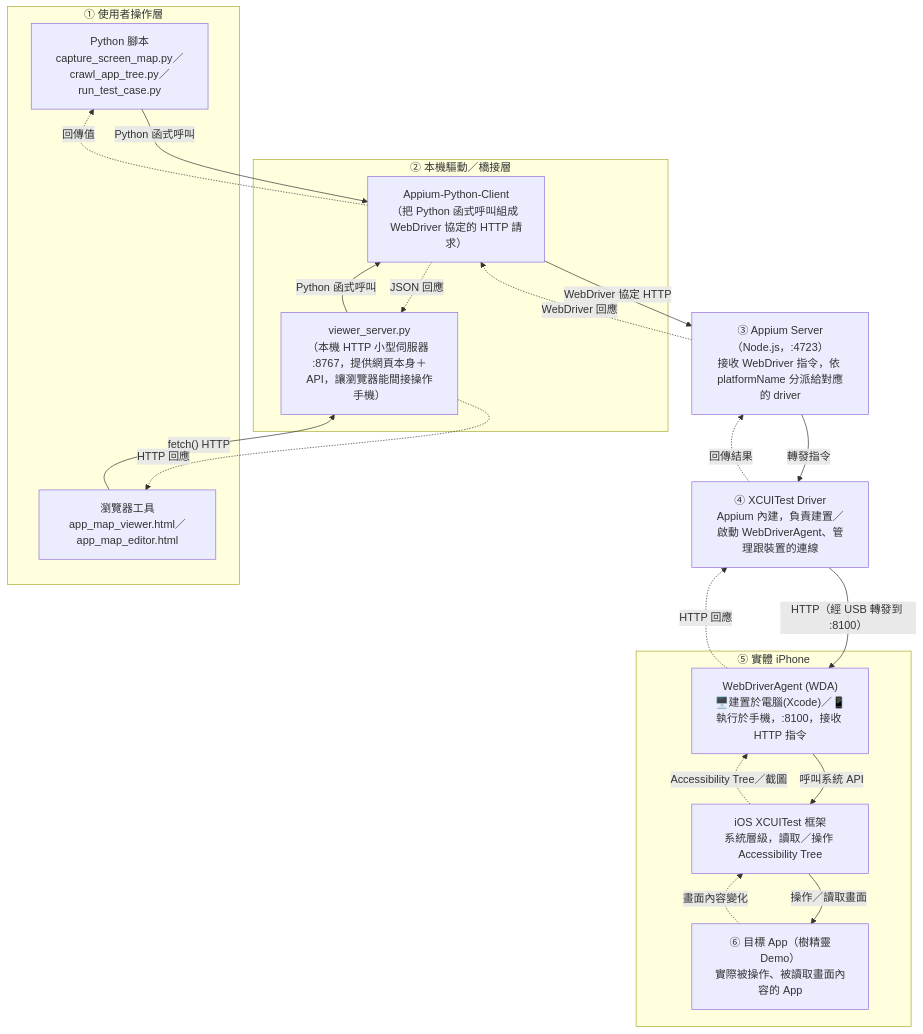
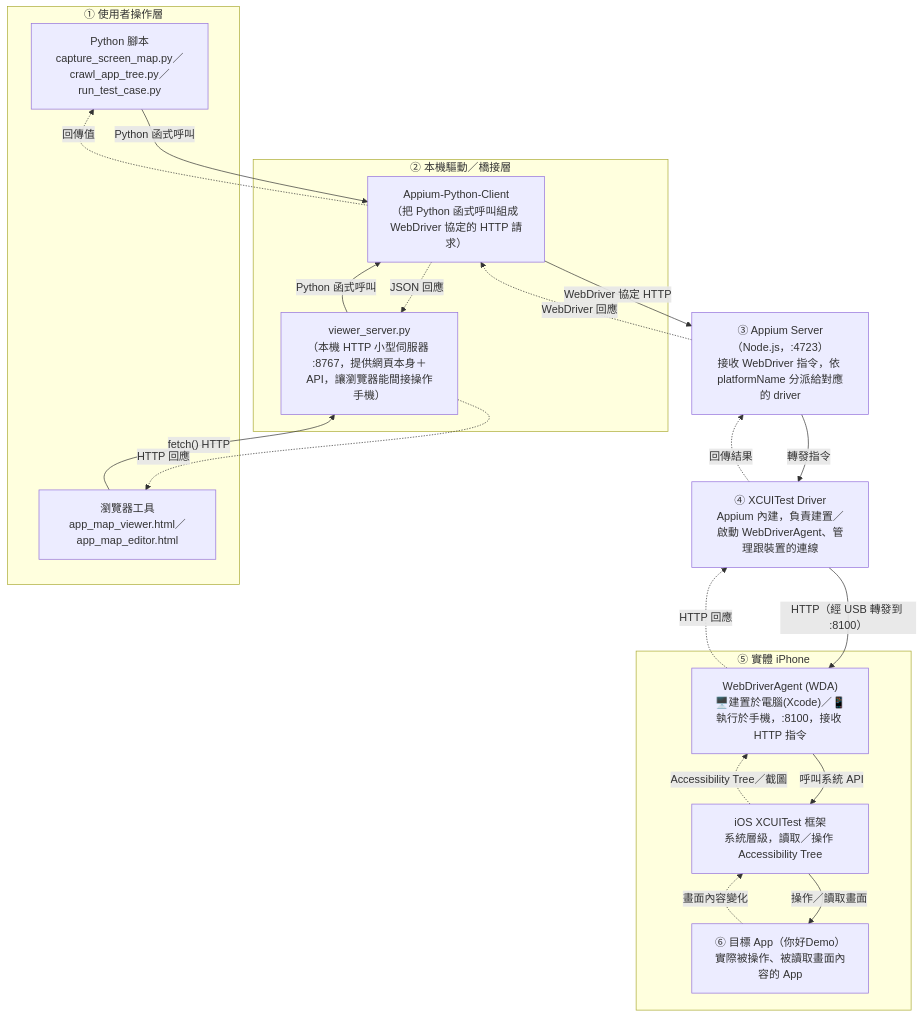
Before and after one commit to bblack1225/ai-in-test: the second of 3 diagrams in docs/AUTOMATION_ARCHITECTURE_FLOW.md, drawn with Mermaid. The commit also changed other lines of this file and 18 other files, not shown here.

````diff
--- a/docs/AUTOMATION_ARCHITECTURE_FLOW.md
+++ b/docs/AUTOMATION_ARCHITECTURE_FLOW.md
@@ -37,40 +37,40 @@
 ```mermaid
 flowchart TD
     subgraph L1["① 使用者操作層"]
         A1["Python 腳本<br/>capture_screen_map.py／crawl_app_tree.py／run_test_case.py"]
         A2["瀏覽器工具<br/>app_map_viewer.html／app_map_editor.html"]
     end
 
     subgraph L2["② 本機驅動／橋接層"]
         B1["Appium-Python-Client<br/>（把 Python 函式呼叫組成 WebDriver 協定的 HTTP 請求）"]
         B2["viewer_server.py<br/>（本機 HTTP 小型伺服器 :8767，提供網頁本身＋API，讓瀏覽器能間接操作手機）"]
     end
 
     C["③ Appium Server（Node.js，:4723）<br/>接收 WebDriver 指令，依 platformName 分派給對應的 driver"]
 
     D["④ XCUITest Driver<br/>Appium 內建，負責建置／啟動 WebDriverAgent、管理跟裝置的連線"]
 
     subgraph L3["⑤ 實體 iPhone"]
         E["WebDriverAgent (WDA)<br/>🖥️建置於電腦(Xcode)／📱執行於手機，:8100，接收 HTTP 指令"]
         F["iOS XCUITest 框架<br/>系統層級，讀取／操作 Accessibility Tree"]
-        G["⑥ 目標 App（樹精靈Demo）<br/>實際被操作、被讀取畫面內容的 App"]
+        G["⑥ 目標 App（你好Demo）<br/>實際被操作、被讀取畫面內容的 App"]
     end
 
     A1 -->|"Python 函式呼叫"| B1
     A2 -->|"fetch() HTTP"| B2
     B2 -->|"Python 函式呼叫"| B1
     B1 -->|"WebDriver 協定 HTTP"| C
     C -->|"轉發指令"| D
     D -->|"HTTP（經 USB 轉發到 :8100）"| E
     E -->|"呼叫系統 API"| F
     F -->|"操作／讀取畫面"| G
 
     G -.->|"畫面內容變化"| F
     F -.->|"Accessibility Tree／截圖"| E
     E -.->|"HTTP 回應"| D
     D -.->|"回傳結果"| C
     C -.->|"WebDriver 回應"| B1
     B1 -.->|"回傳值"| A1
     B1 -.->|"JSON 回應"| B2
     B2 -.->|"HTTP 回應"| A2
 ```
````
